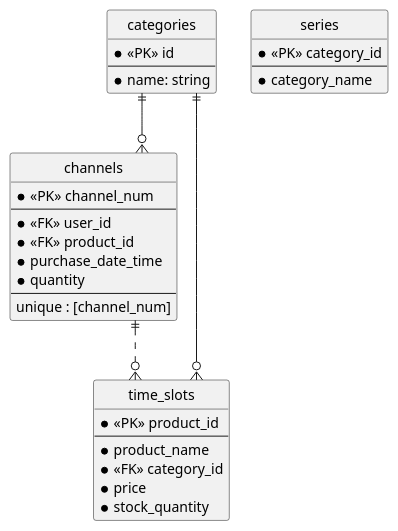
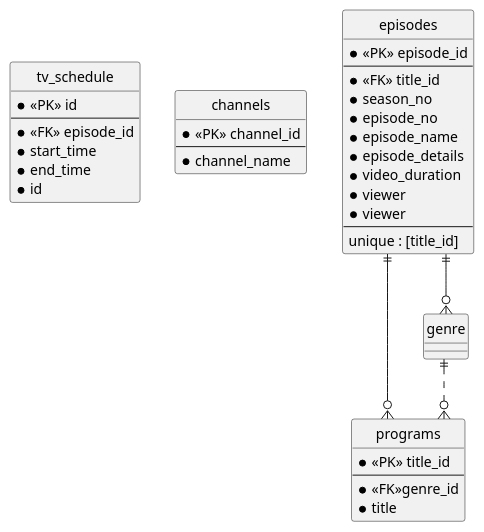
The diagram in assignment/internet_TV.pu (ryumasann/databese_practice), drawn with PlantUML before and after one commit. The commit also changed 1 other file, not shown here.

Commit message:
update ER

```diff
--- a/assignment/internet_TV.pu
+++ b/assignment/internet_TV.pu
@@ -1,41 +1,57 @@
  @startuml test
  hide circle
  skinparam linetype ortho
 
- entity categories {
-    ' * 表示修飾子は必須属性を表します。 空白を1文字後ろに入れることで、強調{**}と解釈されることを防ぐと良いでしょう:
+ entity tv_schedule {
      * <<PK>> id
      --
-     * name: string
+     * <<FK>> episode_id
+    '  * viewer
+     * start_time
+     * end_time
+     * id
+ }
+'  entity tv_schedule {
+'      * <<PK>> id
+'      --
+'      * <<FK>> episode_id
+'      * viewer
+'      * start_time
+'      * end_time
+'      * id
+'  }
+
+ entity channels {
+     * <<PK>> channel_id
+     --
+     * channel_name
  }
 
- entity channels {
-     * <<PK>> channel_num
+ entity episodes {
+    ' * 表示修飾子は必須属性を表します。 空白を1文字後ろに入れることで、強調{**}と解釈されることを防ぐと良いでしょう:
+     * <<PK>> episode_id
      --
-     * <<FK>> user_id
-     * <<FK>> product_id
-     * purchase_date_time
-     * quantity
+     * <<FK>> title_id
+     * season_no
+     * episode_no
+     * episode_name
+     * episode_details
+     * video_duration
+     * viewer
+     * viewer
      --
-     unique : [channel_num]
+     unique : [title_id]
  }
 
- entity time_slots {
-     * <<PK>> product_id
+ entity programs {
+     * <<PK>> title_id
      --
-     * product_name
-     * <<FK>> category_id
-     * price
-     * stock_quantity
+     * <<FK>>genre_id
+     * title
  }
 
- entity series {
-     * <<PK>> category_id
-     --
-     * category_name
- }
 
- categories ||--o{ channels
- channels ||..o{ time_slots
- categories ||--o{ time_slots
+ episodes ||--o{ genre
+ genre ||..o{ programs
+ episodes ||--o{ programs
  @enduml
```
